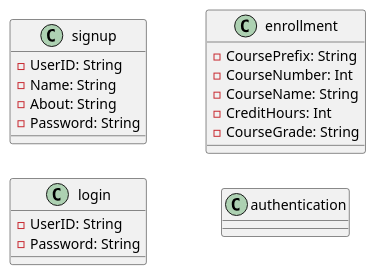
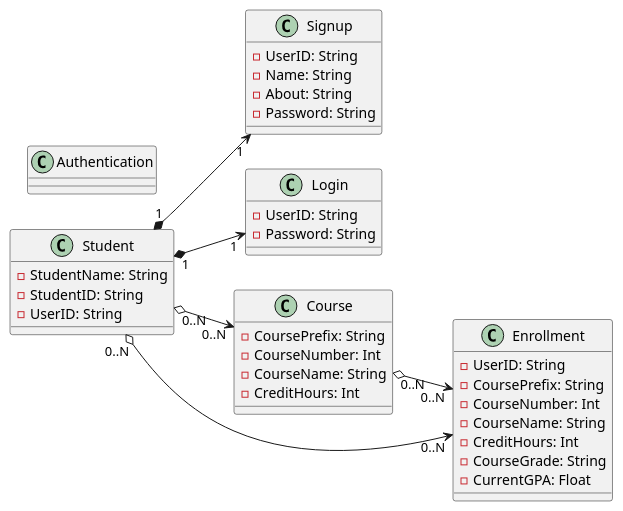
The diagram in uml/class.wsd (FrostyBagels/SWD_Proj1), drawn with PlantUML before and after one commit.

Commit message:
created course class. Added relationships

```diff
--- a/uml/class.wsd
+++ b/uml/class.wsd
@@ -1,29 +1,47 @@
 @startuml class
 left to right direction
 
-class signup {
+class Signup {
     - UserID: String
     - Name: String
     - About: String
     - Password: String
 }
 
-class login {
+class Login {
     - UserID: String
     - Password: String
 }
 
-class enrollment{
+class Course {
+    - CoursePrefix: String
+    - CourseNumber: Int
+    - CourseName: String
+    - CreditHours: Int
+}
+
+class Enrollment{
+    - UserID: String
     - CoursePrefix: String
     - CourseNumber: Int
     - CourseName: String
     - CreditHours: Int
     - CourseGrade: String
+    - CurrentGPA: Float
 
 }
 
-class authentication{}
+class Authentication{}
 
-
+class Student{
+    - StudentName: String
+    - StudentID: String
+    - UserID: String
+}
+Student "1" *--> "1" Signup
+Student "1" *--> "1" Login
+Student "0..N" o--> "0..N" Course
+Course "0..N" o--> "0..N" Enrollment
+Student "0..N" o--> "0..N" Enrollment
 
 @enduml
```
